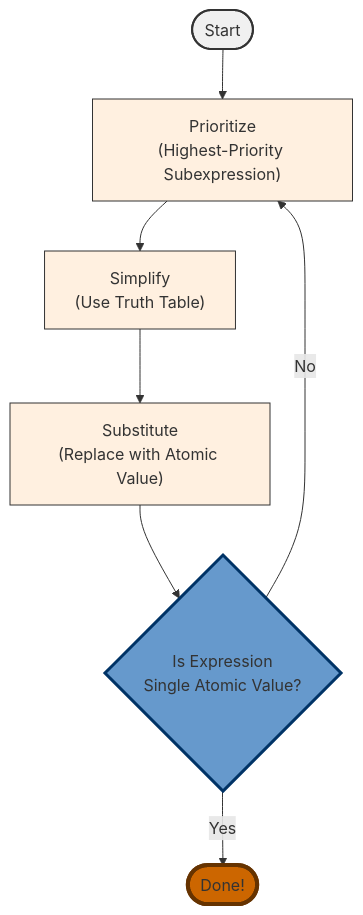
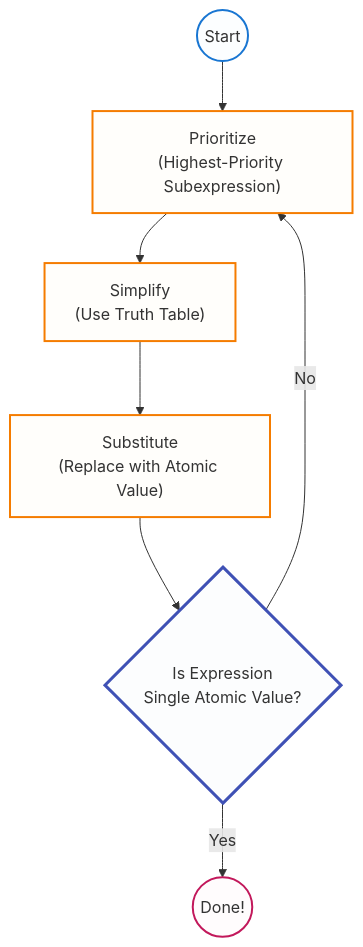
Before and after one commit to Fundamentals-of-Computer-Science/FunCS: the second of 3 diagrams in content/Chapter 1.1 - Booleans.md, drawn with Mermaid. The commit also changed other lines of this file and 3 other files, not shown here.

````diff
--- a/content/Chapter 1.1 - Booleans.md
+++ b/content/Chapter 1.1 - Booleans.md
@@ -217,16 +207,19 @@
 ```mermaid
 flowchart TB
-    A([Start]) --> B["Prioritize\n(Highest-Priority Subexpression)"]
-    B --> C["Simplify\n(Use Truth Table)"]
-    C --> D["Substitute\n(Replace with Atomic Value)"]
-    D --> E{Is Expression\nSingle Atomic Value?}
-    E -- No --> B
-    E -- Yes --> F([Done!])
-
-    style A fill:#f0f0f0,stroke:#333,stroke-width:2px
-    style B fill:#fff0e0,stroke:#333
-    style C fill:#fff0e0,stroke:#333
-    style D fill:#fff0e0,stroke:#333
-    style E fill:#6699cc,stroke:#003366,stroke-width:3px
-    style F fill:#cc6600,stroke:#663300,stroke-width:4px
+    A(("Start")) --> B["Prioritize<br/>(Highest-Priority Subexpression)"]
+    B --> C["Simplify<br/>(Use Truth Table)"]
+    C --> D["Substitute<br/>(Replace with Atomic Value)"]
+    D --> E{"Is Expression<br/>Single Atomic Value?"}
+    E -->|No| B
+    E -->|Yes| F(("Done!"))
+    
+    classDef start fill:#e3f2fd20,stroke:#1976d2,stroke-width:2px
+    classDef process fill:#fff3e020,stroke:#f57c00,stroke-width:2px
+    classDef decision fill:#e8eaf620,stroke:#3f51b5,stroke-width:3px
+    classDef terminal fill:#fce4ec20,stroke:#c2185b,stroke-width:2px
+    
+    class A start
+    class B,C,D process
+    class E decision
+    class F terminal
 ```
````
